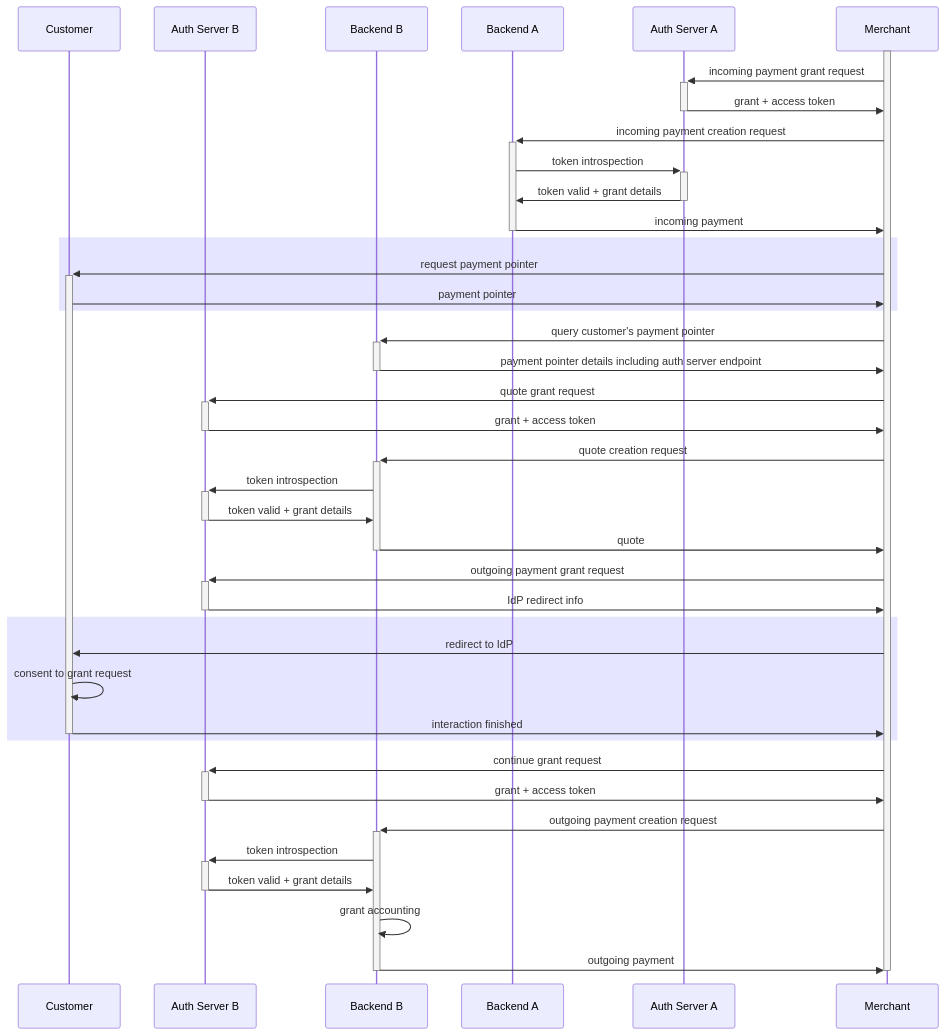
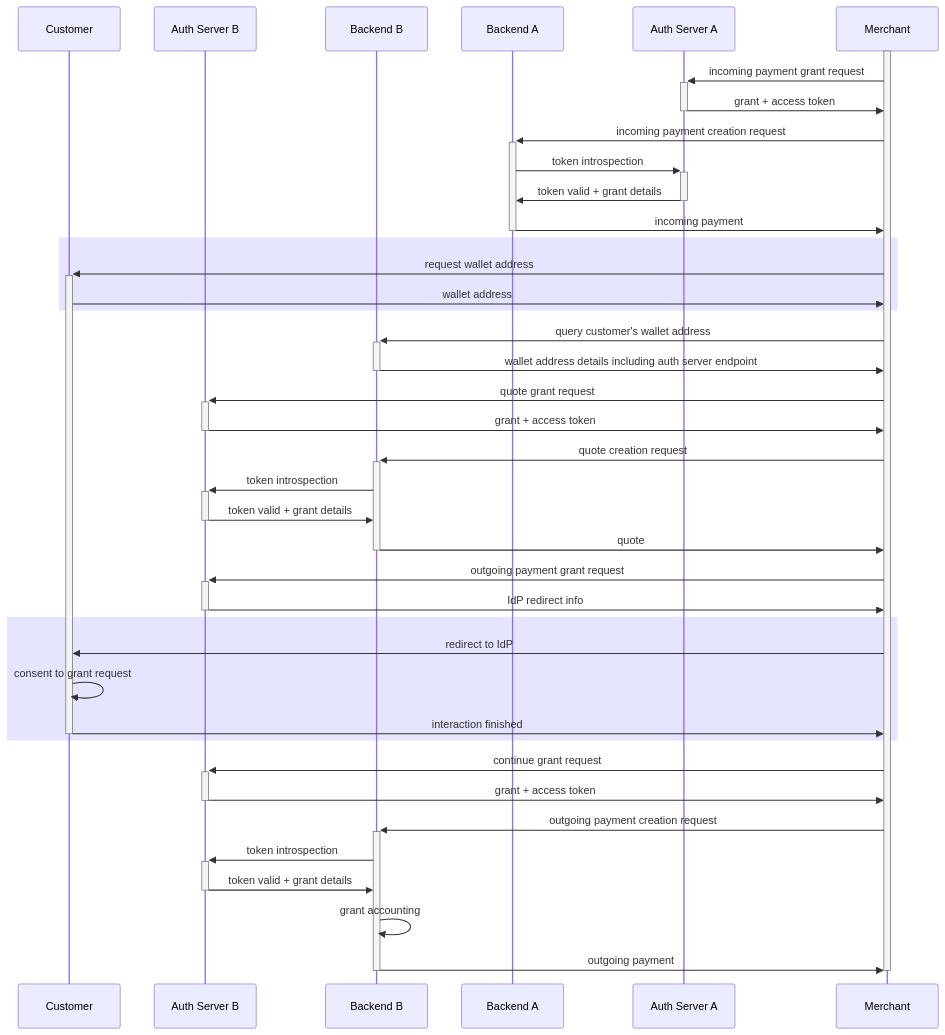
Before and after one commit to interledger/open-payments: the diagram in docs/src/content/docs/introduction/op-flow.mdx, drawn with Mermaid. The commit also changed 11 other files, not shown here.

````diff
--- a/docs/src/content/docs/introduction/op-flow.mdx
+++ b/docs/src/content/docs/introduction/op-flow.mdx
@@ -9,45 +9,45 @@
 ```mermaid
 sequenceDiagram
 
 participant Cu as Customer
 participant A2 as Auth Server B
 participant R2 as Backend B
 participant R1 as Backend A
 participant A1 as Auth Server A
 participant Cl as Merchant
 
 activate Cl
 Cl->>+A1: incoming payment grant request
 A1->>-Cl: grant + access token
 Cl->>+R1: incoming payment creation request
 R1->>+A1: token introspection
 A1->>-R1: token valid + grant details
 R1->>-Cl: incoming payment
 rect rgba(0, 0, 255, .1)
-Cl->>+Cu: request payment pointer
-Cu->>Cl: payment pointer
+Cl->>+Cu: request wallet address
+Cu->>Cl: wallet address
 end
-Cl->>+R2: query customer's payment pointer
-R2->>-Cl: payment pointer details including auth server endpoint
+Cl->>+R2: query customer's wallet address
+R2->>-Cl: wallet address details including auth server endpoint
 Cl->>+A2: quote grant request
 A2->>-Cl: grant + access token
 Cl->>+R2: quote creation request
 R2->>+A2: token introspection
 A2->>-R2: token valid + grant details
 R2->>-Cl: quote
 Cl->>+A2: outgoing payment grant request
 A2->>-Cl: IdP redirect info
 rect rgba(0, 0, 255, .1)
 Cl->>Cu: redirect to IdP
 Cu->>Cu: consent to grant request
 Cu->>-Cl: interaction finished
 end
 Cl->>+A2: continue grant request
 A2->>-Cl: grant + access token
 Cl->>+R2: outgoing payment creation request
 R2->>+A2: token introspection
 A2->>-R2: token valid + grant details
 R2->>R2: grant accounting
 R2->>-Cl: outgoing payment
 deactivate Cl
 ```
````
